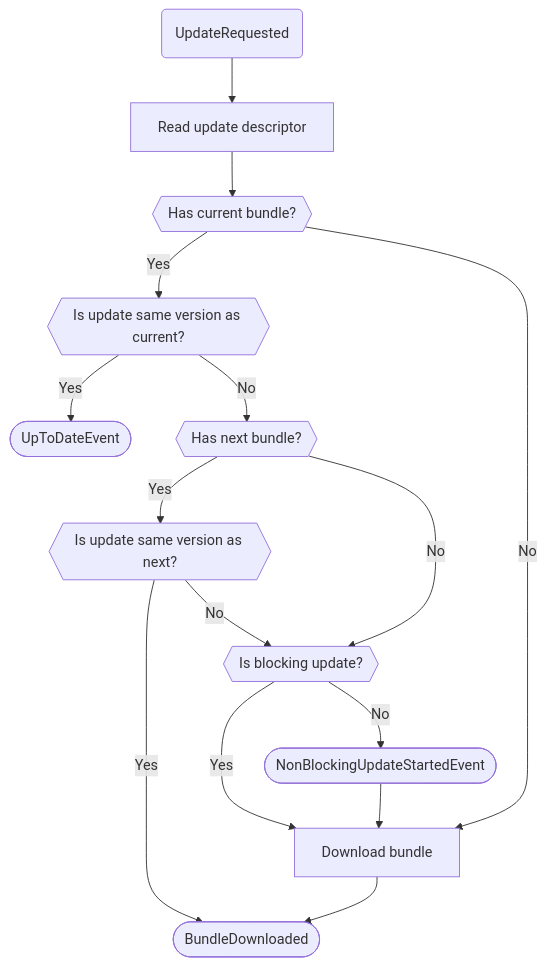
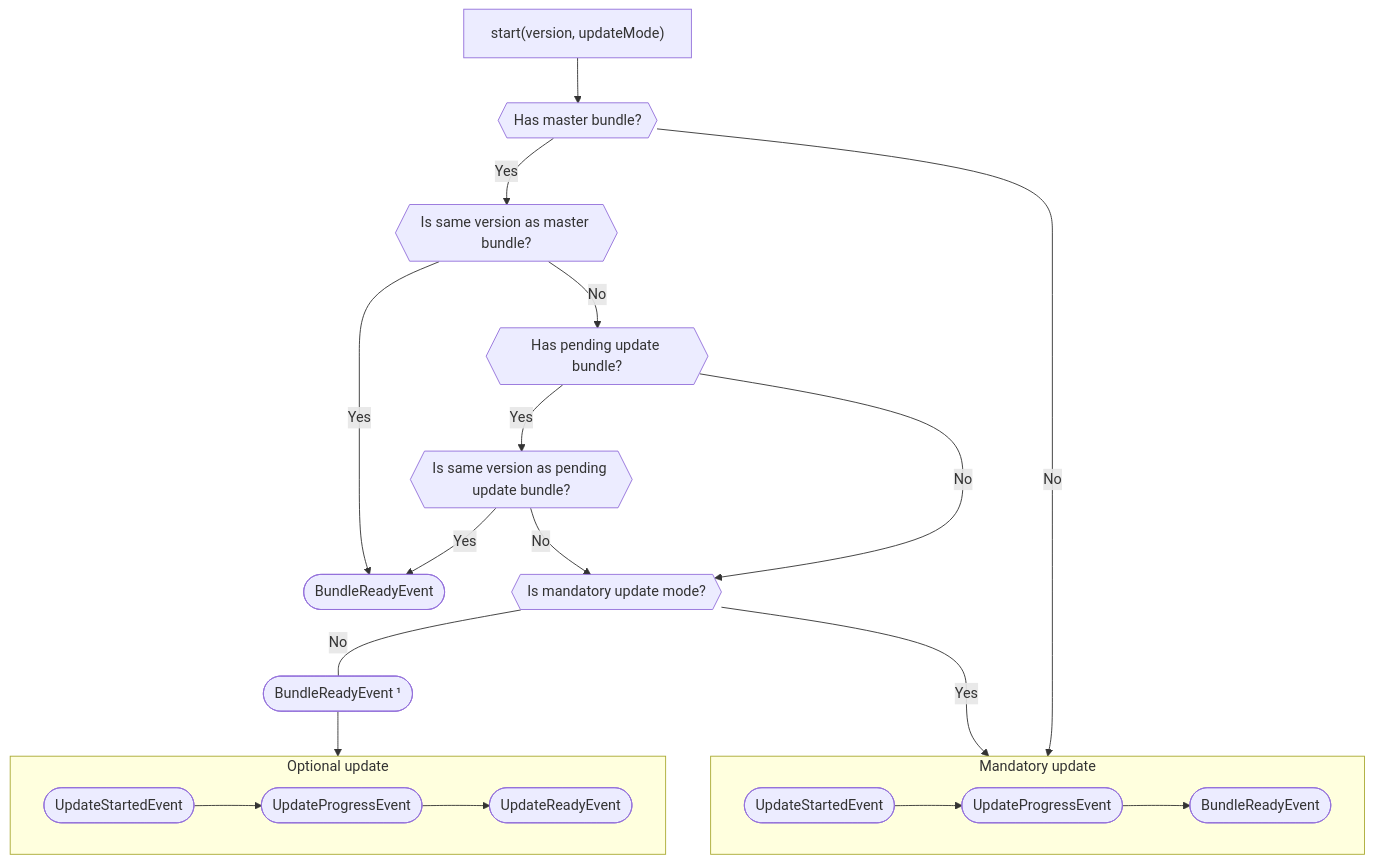
Before and after one commit to smikhalevski/racehorse: the diagram in README.md, drawn with Mermaid. The commit also changed other lines of this file and 13 other files, not shown here.

````diff
--- a/README.md
+++ b/README.md
@@ -285,39 +522,49 @@
 ```mermaid
 graph TD
 
-UpdateRequested(UpdateRequested)
---> ReadUpdateDescriptor[Read update descriptor]
---> HasCurrentBundle
+start["start(version, updateMode)"]
+--> HasMasterBundle
 
-HasCurrentBundle{{Has current bundle?}}
--->|Yes| IsUpdateSameVersionAsCurrent{{Is update same version as current?}}
+HasMasterBundle{{Has master bundle?}}
+-->|Yes| IsSameVersionAsMasterBundle{{Is same version as master bundle?}}
 
-HasCurrentBundle
--->|No| DownloadBundle[Download bundle]
+HasMasterBundle
+-->|No| MandatoryUpdate
 
-IsUpdateSameVersionAsCurrent
--->|Yes| UpToDateEvent([UpToDateEvent])
+IsSameVersionAsMasterBundle
+-->|Yes| MainBundleReadyEvent([BundleReadyEvent])
 
-IsUpdateSameVersionAsCurrent
--->|No| HasNextBundle{{Has next bundle?}} 
+IsSameVersionAsMasterBundle
+-->|No| HasPendingUpdateBundle{{Has pending update bundle?}} 
 
-HasNextBundle
--->|Yes| IsUpdateSameVersionAsNext{{Is update same version as next?}}
+HasPendingUpdateBundle
+-->|Yes| IsSameVersionAsPendingUpdateBundle{{Is same version as pending update bundle?}}
 
-HasNextBundle
--->|No| IsBlockingUpdate{{Is blocking update?}}
--->|Yes| DownloadBundle
+IsSameVersionAsPendingUpdateBundle
+-->|Yes| MainBundleReadyEvent
 
-IsBlockingUpdate
--->|No| NonBlockingUpdateStartedEvent([NonBlockingUpdateStartedEvent])
---> DownloadBundle
+IsSameVersionAsPendingUpdateBundle
+-->|No| IsMandatoryUpdateMode
 
-IsUpdateSameVersionAsNext
--->|Yes| BundleDownloaded([BundleDownloaded])
+HasPendingUpdateBundle
+-->|No| IsMandatoryUpdateMode{{Is mandatory update mode?}}
 
-IsUpdateSameVersionAsNext
--->|No| IsBlockingUpdate
+IsMandatoryUpdateMode
+---|No| BundleReadyEvent(["BundleReadyEvent ¹"])
+--> OptionalUpdate
 
-DownloadBundle
---> BundleDownloaded
+IsMandatoryUpdateMode
+--->|Yes| MandatoryUpdate
+
+subgraph OptionalUpdate [Optional update]
+OptionalUpdateStartedEvent([UpdateStartedEvent])
+--> OptionalUpdateProgressEvent([UpdateProgressEvent])
+--> OptionalUpdateReadyEvent([UpdateReadyEvent])
+end
+
+subgraph MandatoryUpdate [Mandatory update]
+MandatoryUpdateStartedEvent([UpdateStartedEvent])
+--> MandatoryUpdateProgressEvent([UpdateProgressEvent])
+--> MandatoryBundleReadyEvent([BundleReadyEvent])
+end
 ```
````
